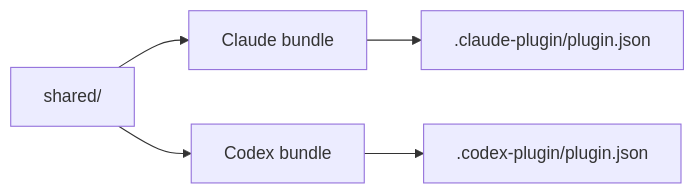
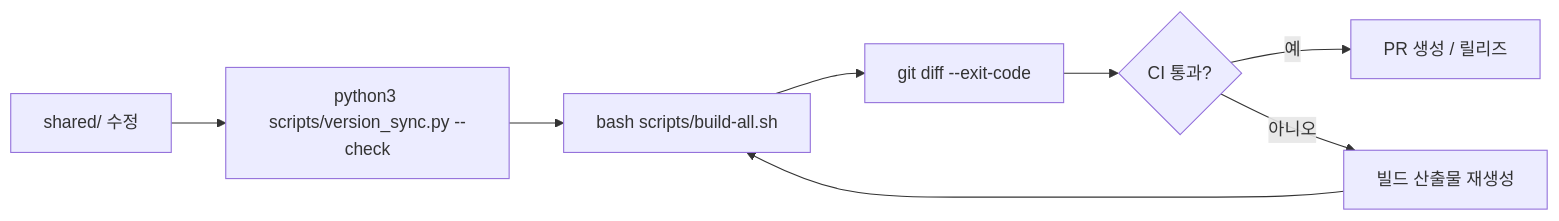
The third of 3 diagrams in docs/DEPENDENCIES.md (Jimmy-Jung/ai-symbiote), drawn with Mermaid before and after one commit. The commit also changed other lines of this file and 5 other files, not shown here.

````diff
--- a/docs/DEPENDENCIES.md
+++ b/docs/DEPENDENCIES.md
@@ -31,7 +80,10 @@
 ```mermaid
 flowchart LR
-    A["shared/"] --> B["Claude bundle"]
-    A --> C["Codex bundle"]
-    B --> D[".claude-plugin/plugin.json"]
-    C --> E[".codex-plugin/plugin.json"]
+    A["shared/ 수정"] --> B["python3 scripts/version_sync.py --check"]
+    B --> C["bash scripts/build-all.sh"]
+    C --> D["git diff --exit-code"]
+    D --> E{"CI 통과?"}
+    E -->|"예"| F["PR 생성 / 릴리즈"]
+    E -->|"아니오"| G["빌드 산출물 재생성"]
+    G --> C
 ```
````
